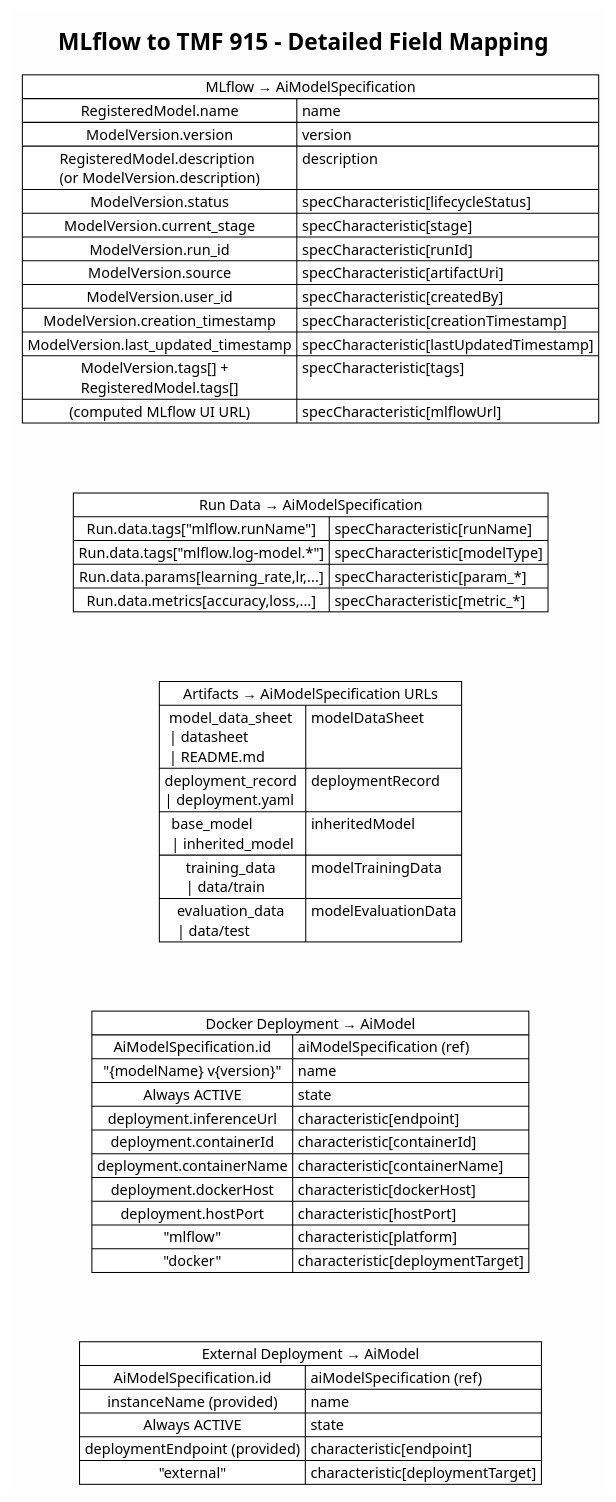
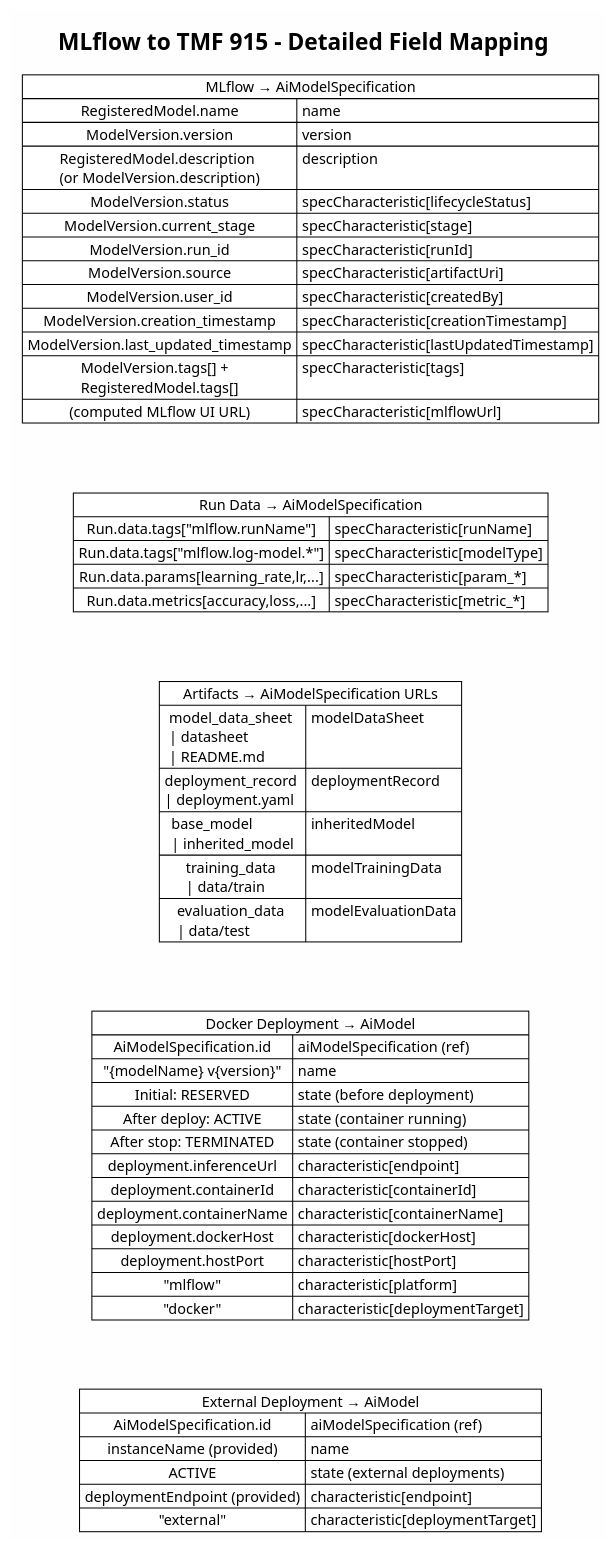
One commit to gctziavas/org.etsi.osl.tmf.api changed the diagram in src/main/java/org/etsi/osl/tmf/aim915/docs/mlflow_to_tmf915_field_mapping.puml. Above: the diagram before and after it, drawn with PlantUML. The commit also changed 5 other files, not shown here.

Commit message:
Implement lifecycle management for AiModel: add RESERVED, ACTIVE, and TERMINATED states; refactor deployment methods for clarity and state updates.

```diff
--- a/src/main/java/org/etsi/osl/tmf/aim915/docs/mlflow_to_tmf915_field_mapping.puml
+++ b/src/main/java/org/etsi/osl/tmf/aim915/docs/mlflow_to_tmf915_field_mapping.puml
@@ -1,73 +1,75 @@
 @startuml MLflow-to-TMF-915-Field-Mapping
 
 !theme plain
 skinparam backgroundColor #FEFEFE
 skinparam defaultFontName Arial
 
 title MLflow to TMF 915 - Detailed Field Mapping
 
 ' ============================================
 ' MLFLOW → AiModelSpecification MAPPING
 ' ============================================
 
 map "MLflow → AiModelSpecification" as SpecMapping {
   RegisteredModel.name => name
   ModelVersion.version => version
   RegisteredModel.description \n(or ModelVersion.description) => description
   ModelVersion.status => specCharacteristic[lifecycleStatus]
   ModelVersion.current_stage => specCharacteristic[stage]
   ModelVersion.run_id => specCharacteristic[runId]
   ModelVersion.source => specCharacteristic[artifactUri]
   ModelVersion.user_id => specCharacteristic[createdBy]
   ModelVersion.creation_timestamp => specCharacteristic[creationTimestamp]
   ModelVersion.last_updated_timestamp => specCharacteristic[lastUpdatedTimestamp]
   ModelVersion.tags[] + \nRegisteredModel.tags[] => specCharacteristic[tags]
   (computed MLflow UI URL) => specCharacteristic[mlflowUrl]
 }
 
 map "Run Data → AiModelSpecification" as RunMapping {
   Run.data.tags["mlflow.runName"] => specCharacteristic[runName]
   Run.data.tags["mlflow.log-model.*"] => specCharacteristic[modelType]
   Run.data.params[learning_rate,lr,...] => specCharacteristic[param_*]
   Run.data.metrics[accuracy,loss,...] => specCharacteristic[metric_*]
 }
 
 map "Artifacts → AiModelSpecification URLs" as ArtifactMapping {
   model_data_sheet \n| datasheet \n| README.md => modelDataSheet
   deployment_record \n| deployment.yaml => deploymentRecord
   base_model \n| inherited_model => inheritedModel
   training_data \n| data/train => modelTrainingData
   evaluation_data \n| data/test => modelEvaluationData
 }
 
 ' ============================================
 ' MLFLOW → AiModel MAPPING (Docker Deployment)
 ' ============================================
 
 map "Docker Deployment → AiModel" as DeployMapping {
   AiModelSpecification.id => aiModelSpecification (ref)
   "{modelName} v{version}" => name
-  Always ACTIVE => state
+  Initial: RESERVED => state (before deployment)
+  After deploy: ACTIVE => state (container running)
+  After stop: TERMINATED => state (container stopped)
   deployment.inferenceUrl => characteristic[endpoint]
   deployment.containerId => characteristic[containerId]
   deployment.containerName => characteristic[containerName]
   deployment.dockerHost => characteristic[dockerHost]
   deployment.hostPort => characteristic[hostPort]
   "mlflow" => characteristic[platform]
   "docker" => characteristic[deploymentTarget]
 }
 
 map "External Deployment → AiModel" as ExternalMapping {
   AiModelSpecification.id => aiModelSpecification (ref)
   instanceName (provided) => name
-  Always ACTIVE => state
+  ACTIVE => state (external deployments)
   deploymentEndpoint (provided) => characteristic[endpoint]
   "external" => characteristic[deploymentTarget]
 }
 
 SpecMapping -[hidden]-> RunMapping
 RunMapping -[hidden]-> ArtifactMapping
 ArtifactMapping -[hidden]-> DeployMapping
 DeployMapping -[hidden]-> ExternalMapping
 
 @enduml
```
